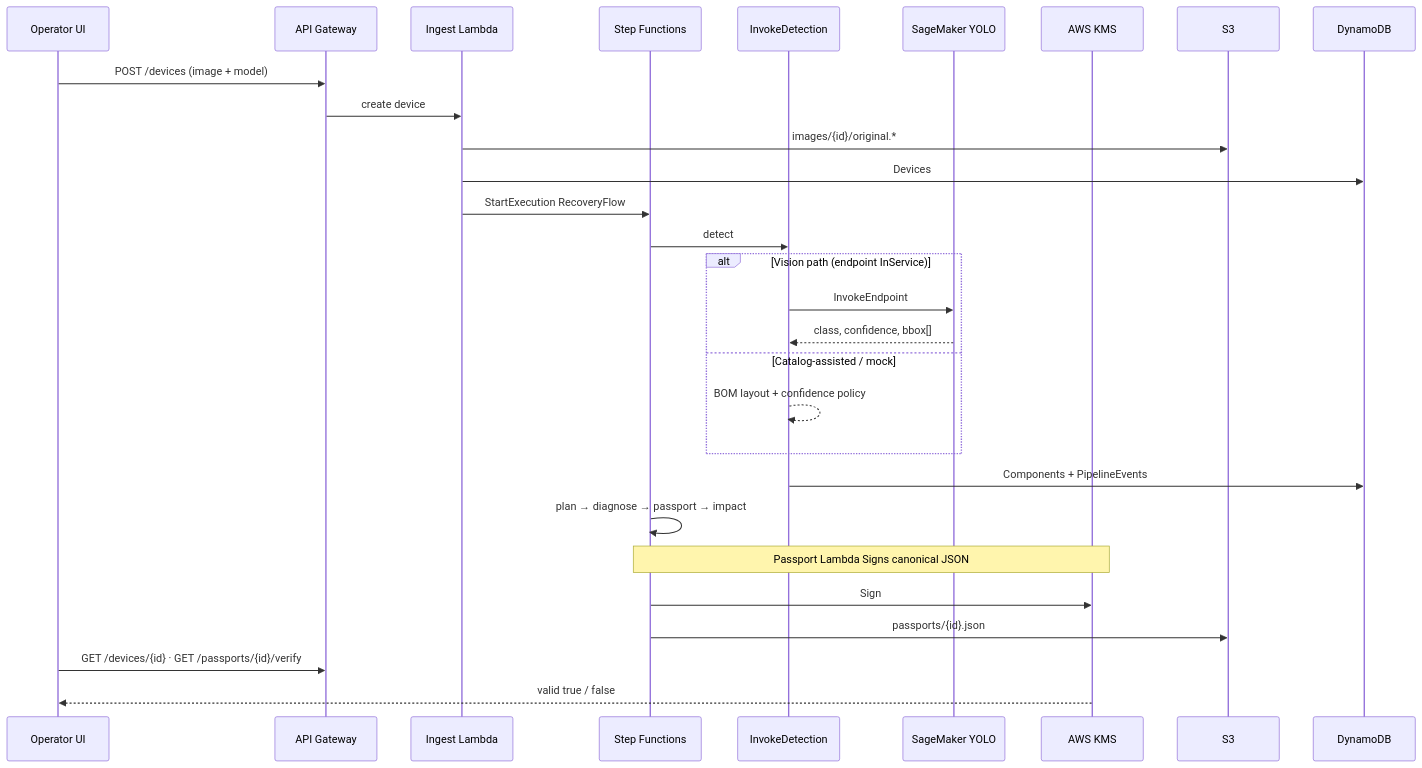
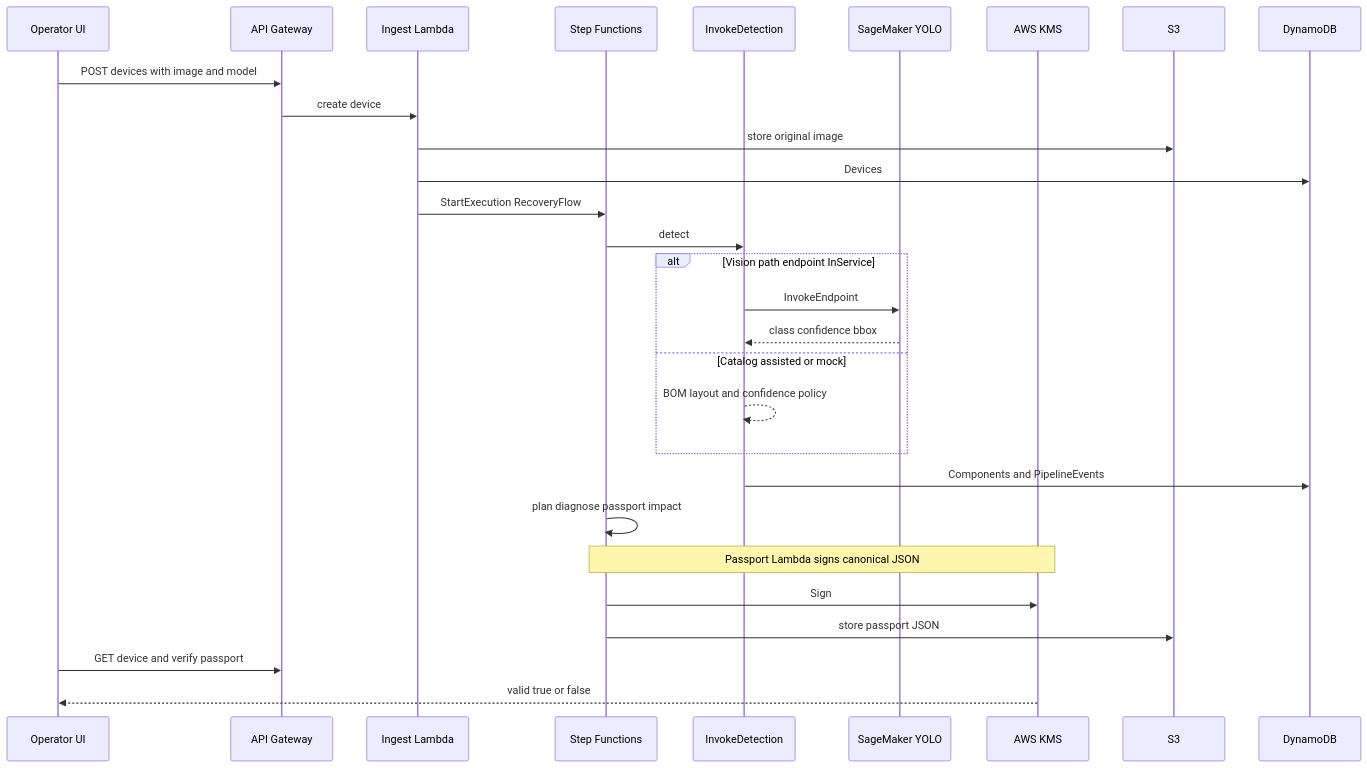
Before and after one commit to mitra9917/ReGenesis: the third of 4 diagrams in README.md, drawn with Mermaid. The commit also changed other lines of this file, not shown here.

First line of the commit message:
Fix README Mermaid diagrams for GitHub rendering.

````diff
--- a/README.md
+++ b/README.md
@@ -139,32 +139,32 @@
 ```mermaid
 sequenceDiagram
   participant Op as Operator UI
   participant APIGW as API Gateway
   participant Ingest as Ingest Lambda
   participant SF as Step Functions
   participant Det as InvokeDetection
   participant SM as SageMaker YOLO
   participant KMS as AWS KMS
   participant S3 as S3
   participant DDB as DynamoDB
 
-  Op->>APIGW: POST /devices (image + model)
+  Op->>APIGW: POST devices with image and model
   APIGW->>Ingest: create device
-  Ingest->>S3: images/{id}/original.*
+  Ingest->>S3: store original image
   Ingest->>DDB: Devices
   Ingest->>SF: StartExecution RecoveryFlow
   SF->>Det: detect
-  alt Vision path (endpoint InService)
+  alt Vision path endpoint InService
     Det->>SM: InvokeEndpoint
-    SM-->>Det: class, confidence, bbox[]
-  else Catalog-assisted / mock
-    Det-->>Det: BOM layout + confidence policy
+    SM-->>Det: class confidence bbox
+  else Catalog assisted or mock
+    Det-->>Det: BOM layout and confidence policy
   end
-  Det->>DDB: Components + PipelineEvents
-  SF->>SF: plan → diagnose → passport → impact
-  Note over SF,KMS: Passport Lambda Signs canonical JSON
+  Det->>DDB: Components and PipelineEvents
+  SF->>SF: plan diagnose passport impact
+  Note over SF,KMS: Passport Lambda signs canonical JSON
   SF->>KMS: Sign
-  SF->>S3: passports/{id}.json
-  Op->>APIGW: GET /devices/{id} · GET /passports/{id}/verify
-  KMS-->>Op: valid true / false
+  SF->>S3: store passport JSON
+  Op->>APIGW: GET device and verify passport
+  KMS-->>Op: valid true or false
 ```
````
